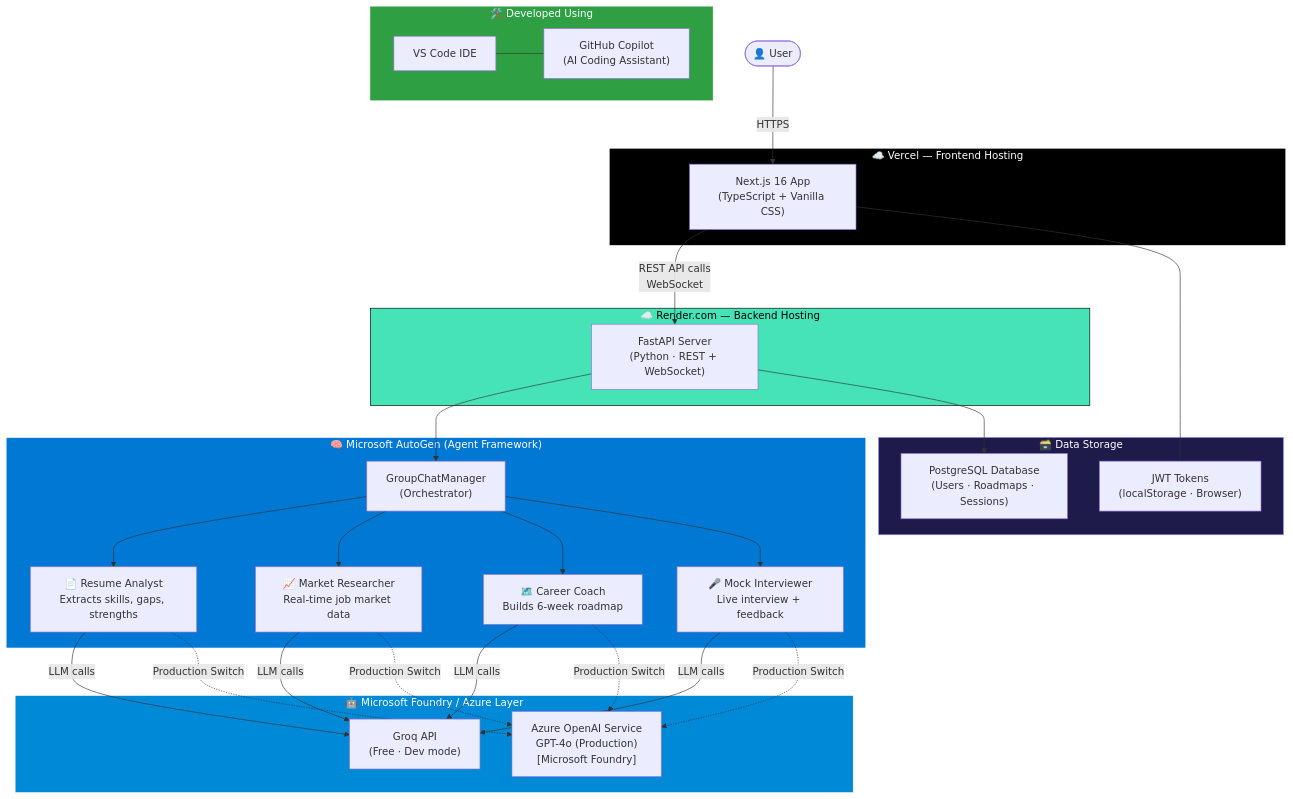
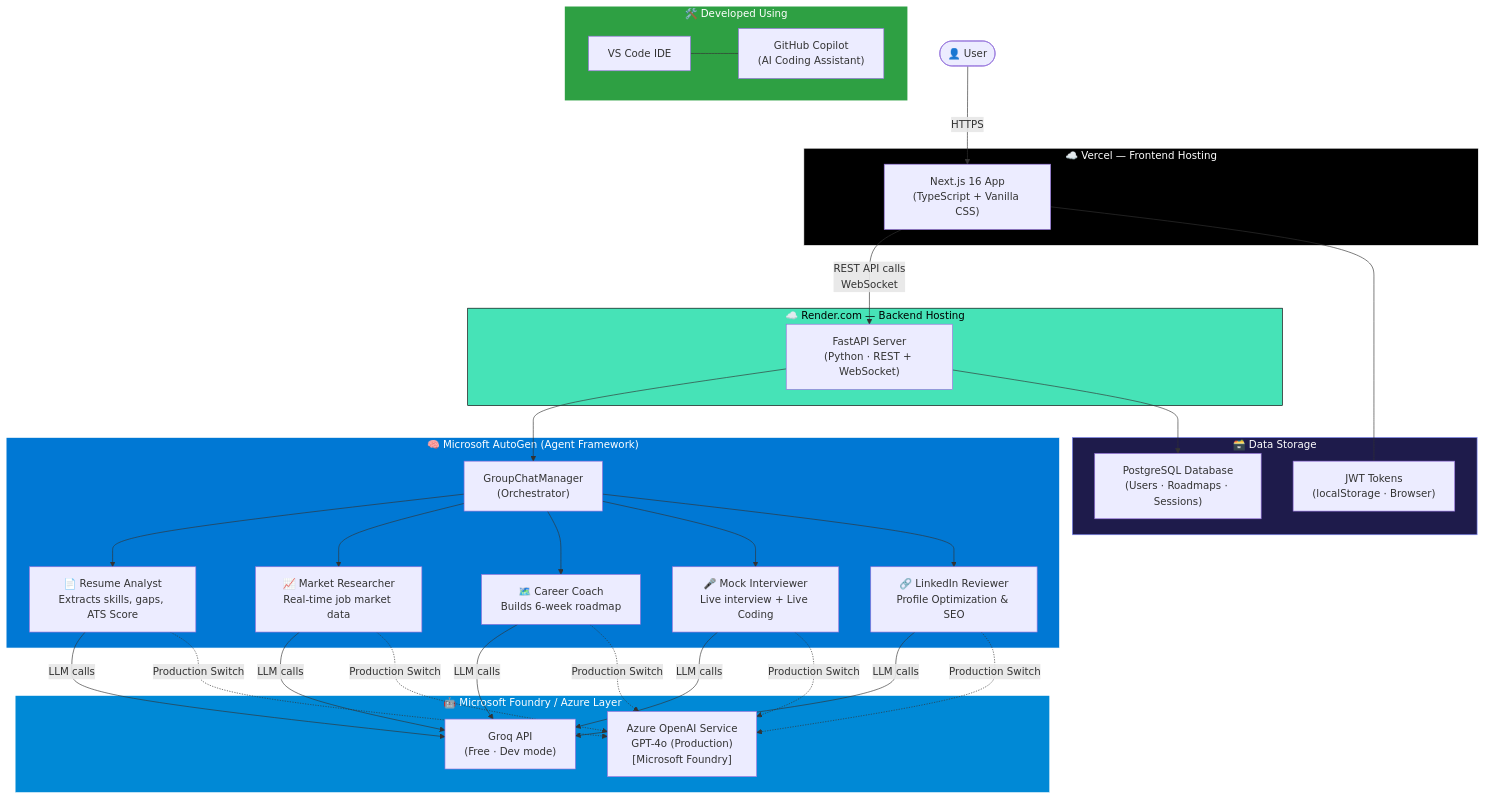
Before and after one commit to Anil-Pradhan-web/ai-career-mentor: the first of 2 diagrams in README.md, drawn with Mermaid. The commit also changed other lines of this file and 13 other files, not shown here.

Commit message:
feat: added LinkedIn Profile Reviewer, Resume ATS Score, and Mock Interview Live Coding

````diff
--- a/README.md
+++ b/README.md
@@ -64,50 +65,51 @@
 ```mermaid
 flowchart TD
     User(["👤 User"])
 
     subgraph DevTools ["🛠️ Developed Using"]
         VSCODE["VS Code IDE"] --- COPILOT["GitHub Copilot\n(AI Coding Assistant)"]
     end
 
     subgraph Vercel ["☁️ Vercel — Frontend Hosting"]
         FE["Next.js 16 App\n(TypeScript + Vanilla CSS)"]
     end
 
     subgraph Render ["☁️ Render.com — Backend Hosting"]
         API["FastAPI Server\n(Python · REST + WebSocket)"]
     end
 
     subgraph Agents ["🧠 Microsoft AutoGen (Agent Framework)"]
         ORCH["GroupChatManager\n(Orchestrator)"]
-        A1["📄 Resume Analyst\nExtracts skills, gaps, strengths"]
+        A1["📄 Resume Analyst\nExtracts skills, gaps, ATS Score"]
         A2["📈 Market Researcher\nReal-time job market data"]
         A3["🗺️ Career Coach\nBuilds 6-week roadmap"]
-        A4["🎤 Mock Interviewer\nLive interview + feedback"]
+        A4["🎤 Mock Interviewer\nLive interview + Live Coding"]
+        A5["🔗 LinkedIn Reviewer\nProfile Optimization & SEO"]
     end
 
     subgraph LLM ["🤖 Microsoft Foundry / Azure Layer"]
         GROQ["Groq API\n(Free · Dev mode)"]
         AZURE["Azure OpenAI Service\nGPT-4o (Production)\n[Microsoft Foundry]"]
     end
 
     subgraph DB ["🗃️ Data Storage"]
         SQLITE["PostgreSQL Database\n(Users · Roadmaps · Sessions)"]
         JWT["JWT Tokens\n(localStorage · Browser)"]
     end
 
     User -->|"HTTPS"| FE
     FE -->|"REST API calls\nWebSocket"| API
     API --> ORCH
-    ORCH --> A1 & A2 & A3 & A4
-    A1 & A2 & A3 & A4 -->|"LLM calls"| GROQ
-    A1 & A2 & A3 & A4 -.->|"Production Switch"| AZURE
+    ORCH --> A1 & A2 & A3 & A4 & A5
+    A1 & A2 & A3 & A4 & A5 -->|"LLM calls"| GROQ
+    A1 & A2 & A3 & A4 & A5 -.->|"Production Switch"| AZURE
     API --> SQLITE
     FE --- JWT
 
     style Vercel fill:#000,stroke:#fff,color:#fff
     style Render fill:#46E3B7,stroke:#000,color:#000
     style Agents fill:#0078D4,stroke:#fff,color:#fff
     style LLM fill:#0089D6,stroke:#fff,color:#fff
     style DB fill:#1e1b4b,stroke:#818cf8,color:#fff
     style DevTools fill:#2ea043,stroke:#fff,color:#fff
 ```
````
